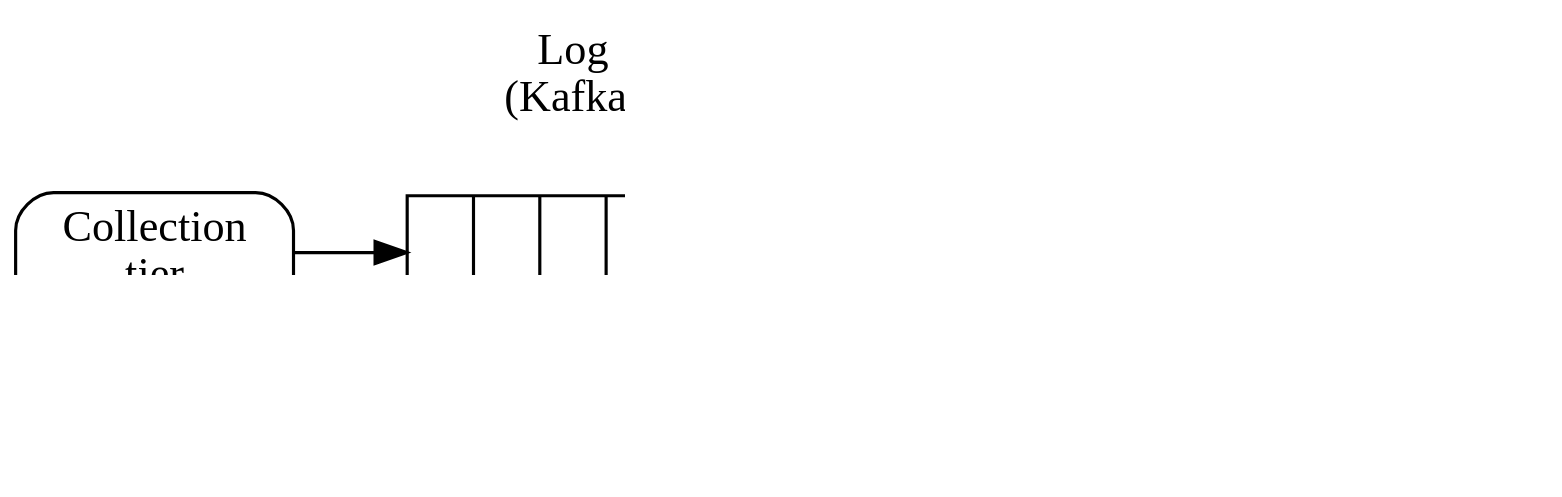
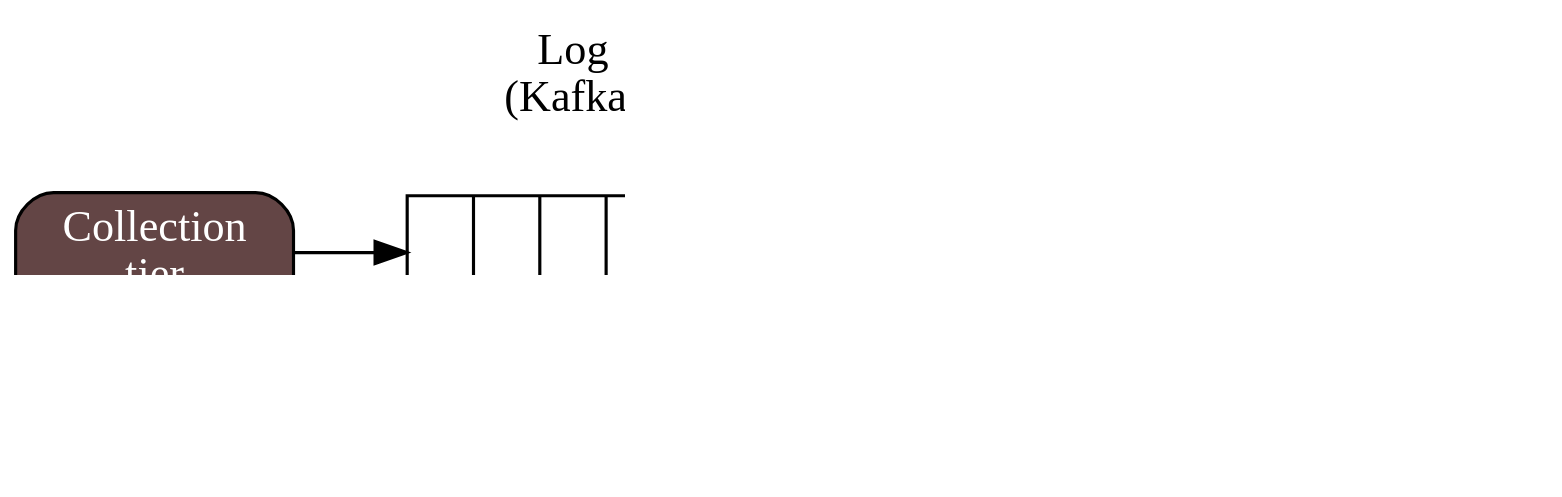
Before and after one commit to inponomarev/kafka-hjs: diagram 53 of 55 in src/main/asciidoc/lecture.adoc, drawn with Graphviz. The commit also changed other lines of this file and 18 other files, not shown here.

```diff
--- a/src/main/asciidoc/lecture.adoc
+++ b/src/main/asciidoc/lecture.adoc
@@ -2792,20 +2753,20 @@
-[graphviz,streaming-arch4,png]
+[graphviz,streaming-arch3,png]
 ----
 digraph G {
   graph [ dpi = 190 ];
   rankdir="LR";
-  A[label="Collection\ntier",shape="rectangle",style="rounded"];
+  A[label="Collection\ntier",shape="rectangle",style="rounded,filled"; fillcolor="#634545"; fontcolor="#ffffff";];
 
   Ledger1 [shape="record",label="{ | | | | }"];
   Caption1[label="Log\n(Kafka)",shape="plaintext"];
   {rank = same; Ledger1; Caption1;}
-  C[label="Analysis tier",shape="rectangle",style="rounded,filled"];
+  C[label="Analysis tier",shape="rectangle",style="rounded"];
   Ledger2 [shape="record",label="{ | | | | }"];
   Caption2[label="Log\n(Kafka)",shape="plaintext"];
   {rank = same; Ledger2; Caption2;}
   D[label="In-memory\ndata store",shape="cylinder"];
   E[label="Data\naccess tier",shape="rectangle",style="rounded"];
   A->Ledger1->C->Ledger2->D->E;
   {rank = same; C; D;} 
 }
 ----
```
